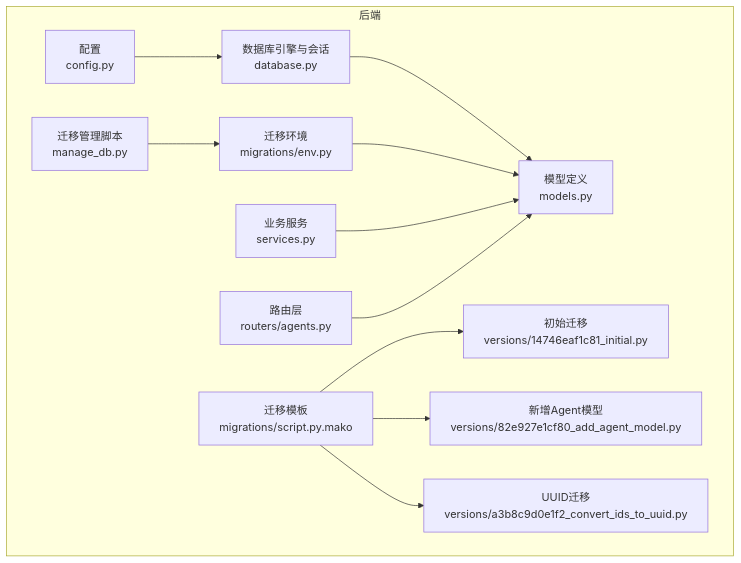
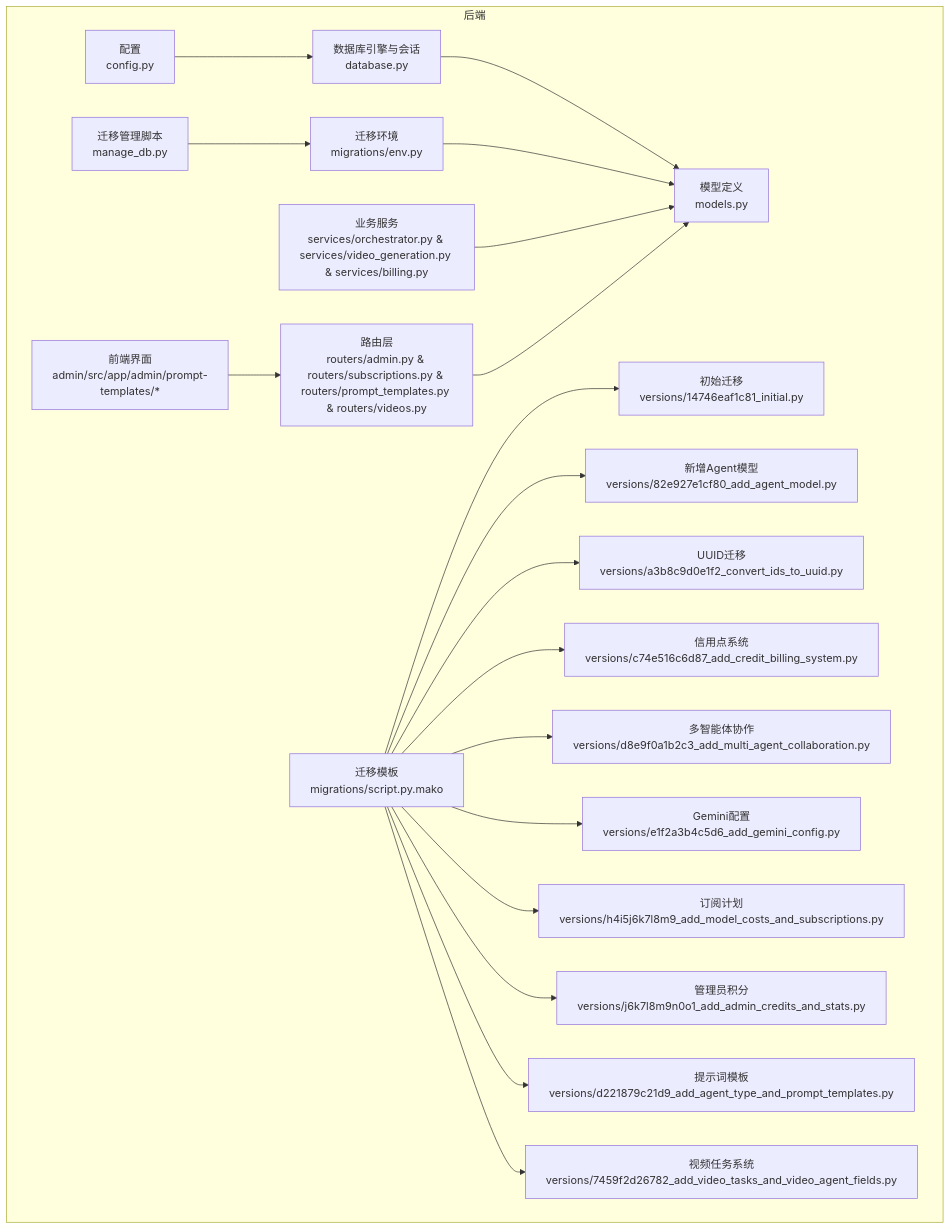
Before and after one commit to KunLabAI/KunFlix: the first of 5 diagrams in .qoder/repowiki/zh/content/后端开发指南/数据库模型设计.md, drawn with Mermaid. The commit also changed other lines of this file and 25 other files, not shown here.

````diff
--- a/.qoder/repowiki/zh/content/后端开发指南/数据库模型设计.md
+++ b/.qoder/repowiki/zh/content/后端开发指南/数据库模型设计.md
@@ -38,25 +61,41 @@
 ```mermaid
 graph TB
 subgraph "后端"
 CFG["配置<br/>config.py"]
 DB["数据库引擎与会话<br/>database.py"]
 MODELS["模型定义<br/>models.py"]
 M_ENV["迁移环境<br/>migrations/env.py"]
 M_SCRIPT["迁移模板<br/>migrations/script.py.mako"]
 M_V1["初始迁移<br/>versions/14746eaf1c81_initial.py"]
 M_V2["新增Agent模型<br/>versions/82e927e1cf80_add_agent_model.py"]
 M_V3["UUID迁移<br/>versions/a3b8c9d0e1f2_convert_ids_to_uuid.py"]
-SVC["业务服务<br/>services.py"]
-ROUTERS["路由层<br/>routers/agents.py"]
+M_CREDIT["信用点系统<br/>versions/c74e516c6d87_add_credit_billing_system.py"]
+M_MULTI["多智能体协作<br/>versions/d8e9f0a1b2c3_add_multi_agent_collaboration.py"]
+M_GEMINI["Gemini配置<br/>versions/e1f2a3b4c5d6_add_gemini_config.py"]
+M_SUB["订阅计划<br/>versions/h4i5j6k7l8m9_add_model_costs_and_subscriptions.py"]
+M_ADMIN["管理员积分<br/>versions/j6k7l8m9n0o1_add_admin_credits_and_stats.py"]
+M_PROMPT["提示词模板<br/>versions/d221879c21d9_add_agent_type_and_prompt_templates.py"]
+M_VIDEO["视频任务系统<br/>versions/7459f2d26782_add_video_tasks_and_video_agent_fields.py"]
+SVC["业务服务<br/>services/orchestrator.py & services/video_generation.py & services/billing.py"]
+ROUTERS["路由层<br/>routers/admin.py & routers/subscriptions.py & routers/prompt_templates.py & routers/videos.py"]
 MAN_DB["迁移管理脚本<br/>manage_db.py"]
+FRONTEND["前端界面<br/>admin/src/app/admin/prompt-templates/*"]
 end
 CFG --> DB
 DB --> MODELS
 M_ENV --> MODELS
 M_SCRIPT --> M_V1
 M_SCRIPT --> M_V2
 M_SCRIPT --> M_V3
+M_SCRIPT --> M_CREDIT
+M_SCRIPT --> M_MULTI
+M_SCRIPT --> M_GEMINI
+M_SCRIPT --> M_SUB
+M_SCRIPT --> M_ADMIN
+M_SCRIPT --> M_PROMPT
+M_SCRIPT --> M_VIDEO
 SVC --> MODELS
 ROUTERS --> MODELS
 MAN_DB --> M_ENV
+FRONTEND --> ROUTERS
 ```
````
